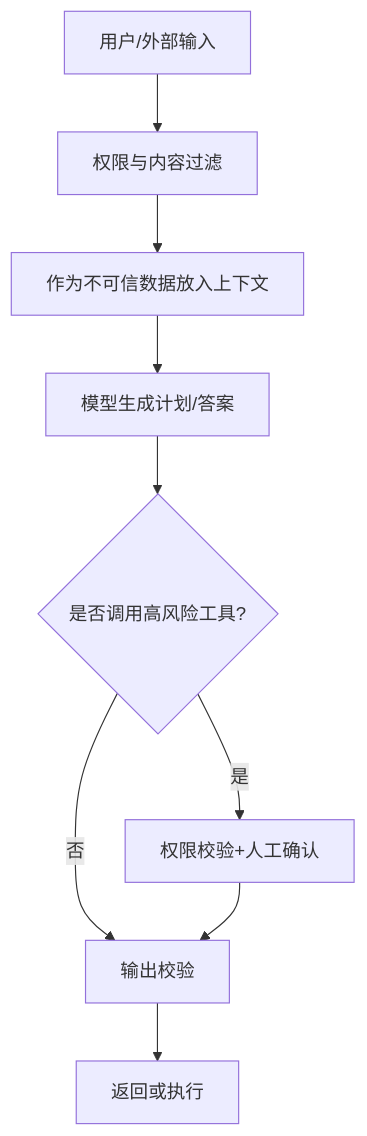
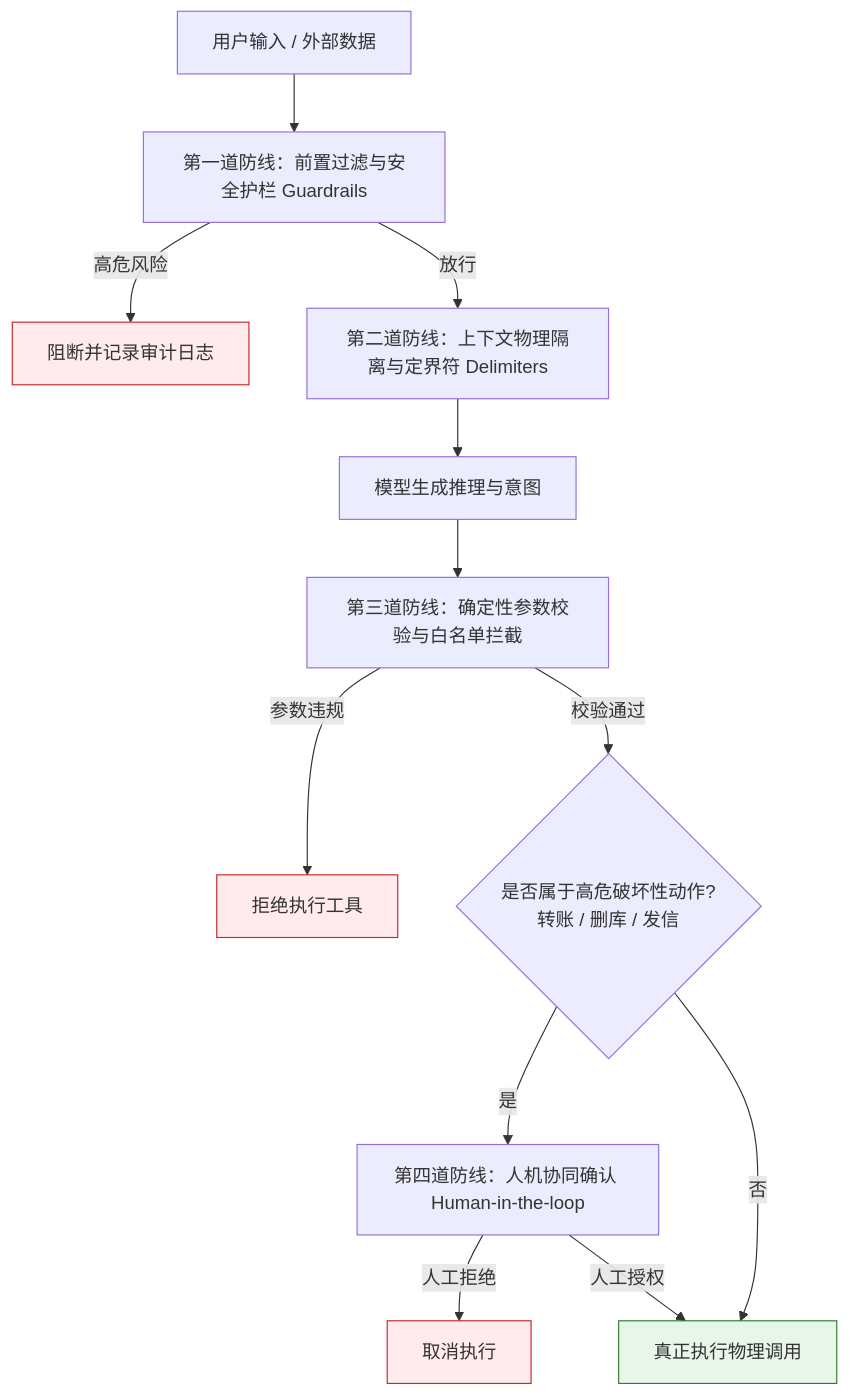
Before and after one commit to GuoWWWX/knowledge-base: the third of 3 diagrams in 10-AI应用开发/01-LLM基础与Prompt/12-防御性提示与防注入.md, drawn with Mermaid. The commit also changed other lines of this file and 214 other files, not shown here.

````diff
--- a/10-AI应用开发/01-LLM基础与Prompt/12-防御性提示与防注入.md
+++ b/10-AI应用开发/01-LLM基础与Prompt/12-防御性提示与防注入.md
@@ -59,11 +111,19 @@
 ```mermaid
 flowchart TD
-    A[用户/外部输入] --> B[权限与内容过滤]
-    B --> C[作为不可信数据放入上下文]
-    C --> D[模型生成计划/答案]
-    D --> E{是否调用高风险工具?}
-    E -->|是| F[权限校验+人工确认]
-    E -->|否| G[输出校验]
-    F --> G
-    G --> H[返回或执行]
+    A[用户输入 / 外部数据] --> B[第一道防线：前置过滤与安全护栏 Guardrails]
+    B -->|高危风险| Block1[阻断并记录审计日志]
+    B -->|放行| C[第二道防线：上下文物理隔离与定界符 Delimiters]
+    C --> D[模型生成推理与意图]
+    D --> E[第三道防线：确定性参数校验与白名单拦截]
+    E -->|参数违规| Block2[拒绝执行工具]
+    E -->|校验通过| F{是否属于高危破坏性动作?<br/>转账 / 删库 / 发信}
+    F -->|是| G[第四道防线：人机协同确认 Human-in-the-loop]
+    G -->|人工拒绝| Block3[取消执行]
+    G -->|人工授权| H[真正执行物理调用]
+    F -->|否| H
+
+    style Block1 fill:#ffebee,stroke:#c62828,stroke-width:1px
+    style Block2 fill:#ffebee,stroke:#c62828,stroke-width:1px
+    style Block3 fill:#ffebee,stroke:#c62828,stroke-width:1px
+    style H fill:#e8f5e9,stroke:#2e7d32,stroke-width:1px
 ```
````
